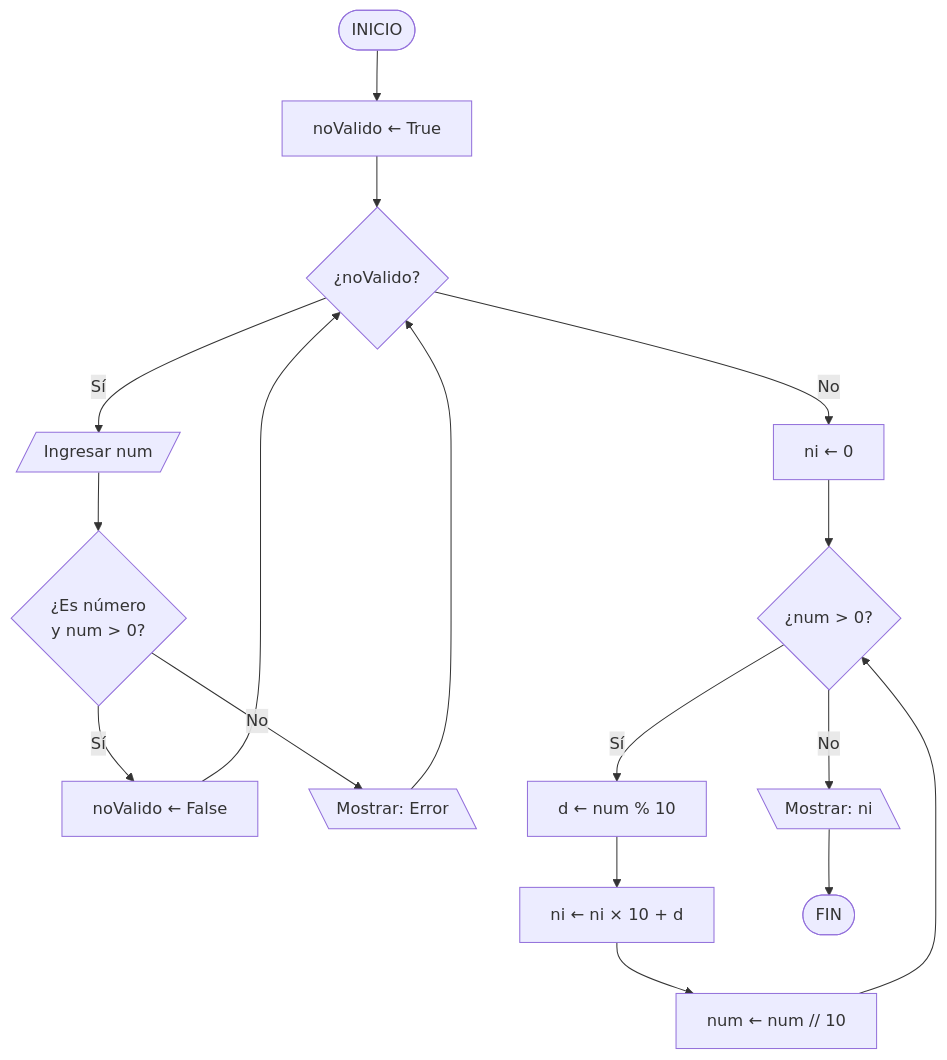
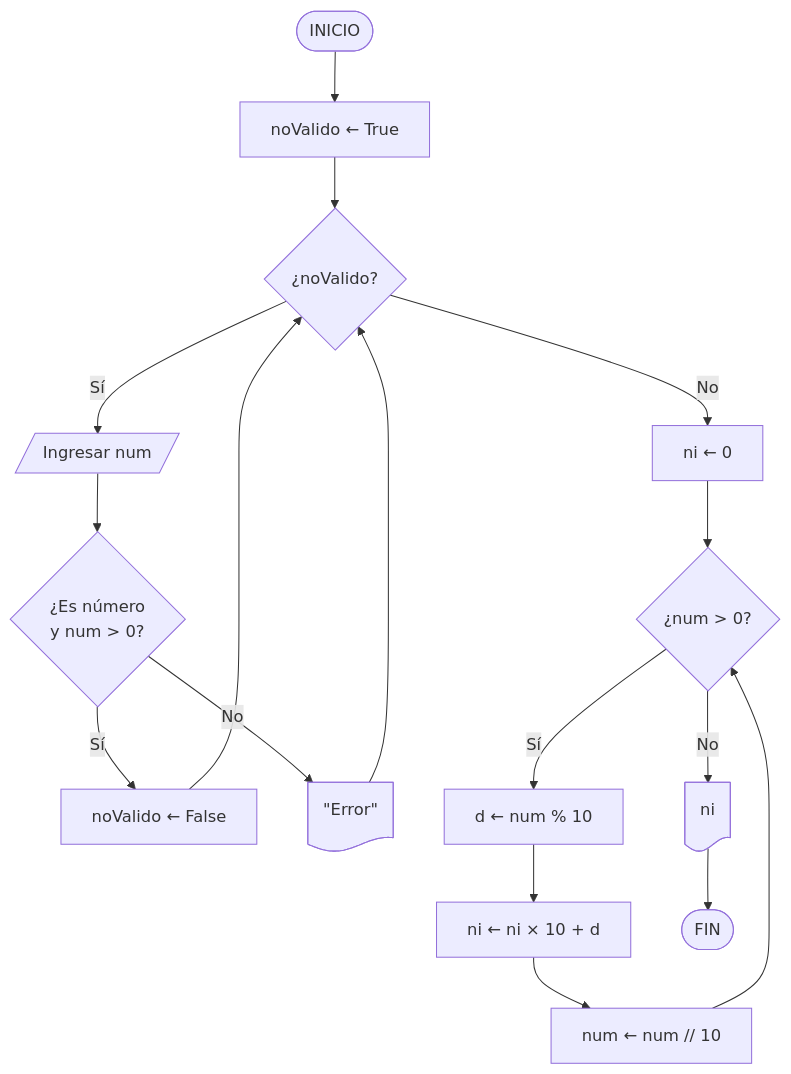
The fifth of 5 diagrams in docs/core/introduction/coding.md (BenjaminSerrano/principios-programacion), drawn with Mermaid before and after one commit. The commit also changed other lines of this file and 1 other file, not shown here.

First line of the commit message:
Corregir diagramas de flujo: símbolos y operadores

````diff
--- a/docs/core/introduction/coding.md
+++ b/docs/core/introduction/coding.md
@@ -382,19 +382,19 @@
         ``` mermaid
         flowchart TD
             A([INICIO]) --> B["noValido ← True"]
             B --> C{"¿noValido?"}
             C -->|Sí| D[/Ingresar num/]
             D --> E{"¿Es número\ny num > 0?"}
             E -->|Sí| F["noValido ← False"]
-            E -->|No| G[\"Mostrar: Error"\]
+            E -->|No| G@{ shape: doc, label: "\"Error\"" }
             F --> C
             G --> C
             C -->|No| H["ni ← 0"]
             H --> I{"¿num > 0?"}
             I -->|Sí| J["d ← num % 10"]
             J --> K["ni ← ni × 10 + d"]
             K --> L["num ← num // 10"]
             L --> I
-            I -->|No| M[\"Mostrar: ni"\]
+            I -->|No| M@{ shape: doc, label: "ni" }
             M --> N([FIN])
         ```
````
